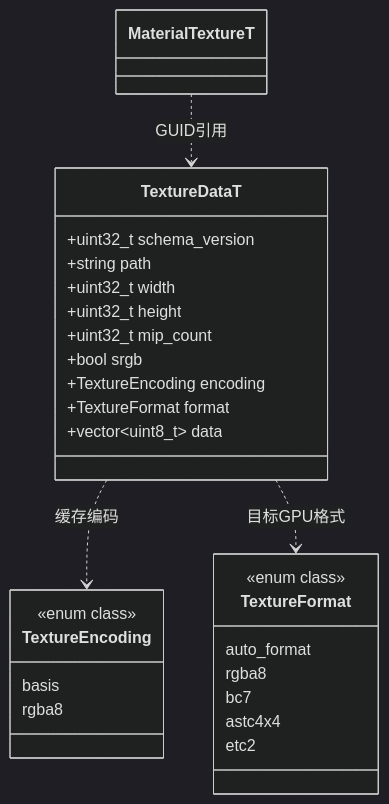
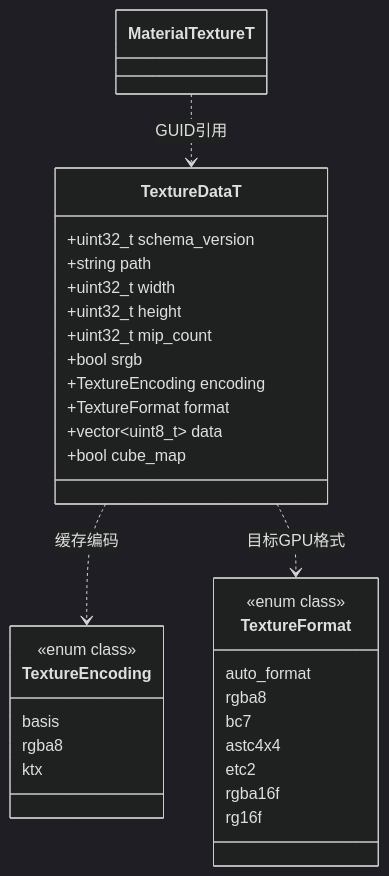
The sixth of 7 diagrams in docs/runtime/class-diagrams/scene-data.md (lcals/Engine), drawn with Mermaid (dark theme) before and after one commit. The commit also changed other lines of this file and 104 other files, not shown here.

````diff
--- a/docs/runtime/class-diagrams/scene-data.md
+++ b/docs/runtime/class-diagrams/scene-data.md
@@ -180,31 +182,35 @@
 ```mermaid
 classDiagram
     class TextureDataT {
         +uint32_t schema_version
         +string path
         +uint32_t width
         +uint32_t height
         +uint32_t mip_count
         +bool srgb
         +TextureEncoding encoding
         +TextureFormat format
         +vector~uint8_t~ data
+        +bool cube_map
     }
     class MaterialTextureT
     class TextureEncoding {
         <<enum class>>
         basis
         rgba8
+        ktx
     }
     class TextureFormat {
         <<enum class>>
         auto_format
         rgba8
         bc7
         astc4x4
         etc2
+        rgba16f
+        rg16f
     }
     MaterialTextureT ..> TextureDataT : GUID引用
     TextureDataT ..> TextureEncoding : 缓存编码
     TextureDataT ..> TextureFormat : 目标GPU格式
 ```
````
